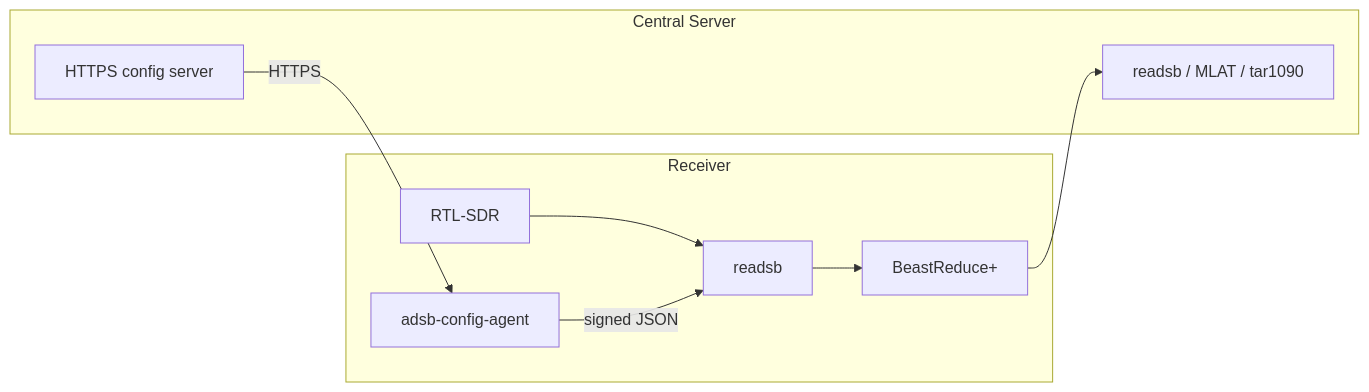
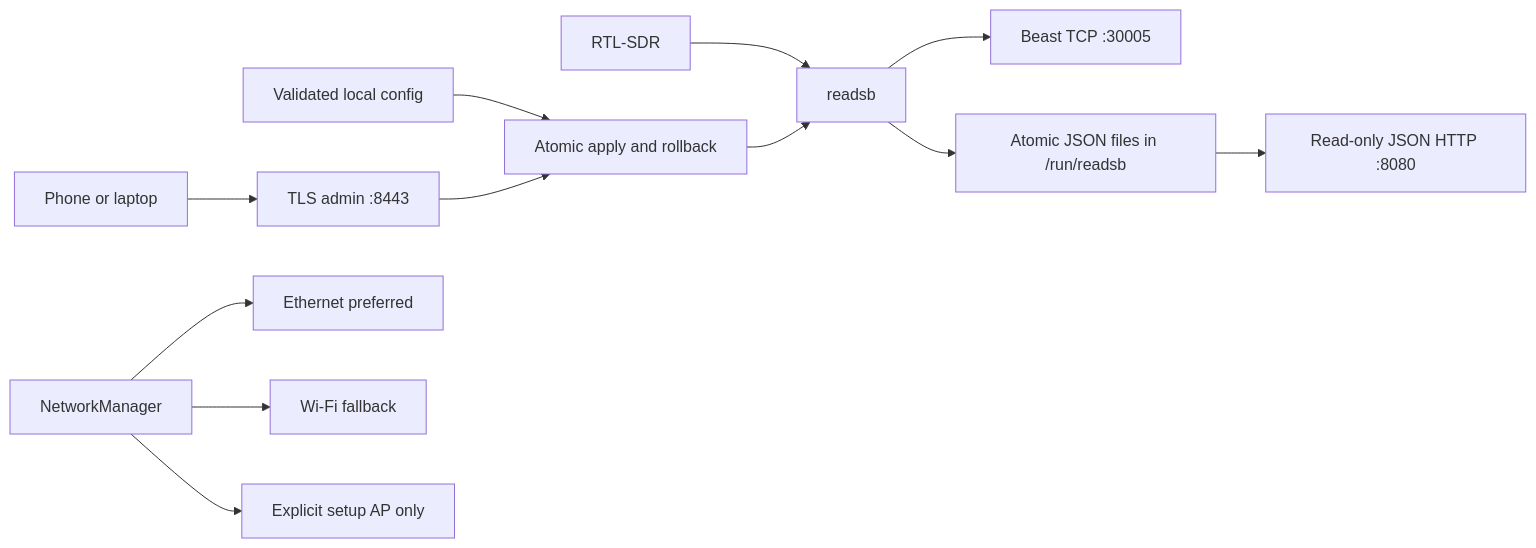
Before and after one commit to ziti/adsb-receiver-image: the diagram in README.md, drawn with Mermaid. The commit also changed other lines of this file, not shown here.

Commit message:
docs: document local setup and recovery

````diff
--- a/README.md
+++ b/README.md
@@ -31,21 +17,14 @@
 ```mermaid
 flowchart LR
-    subgraph Receiver["Receiver"]
-        SDR["RTL-SDR"]
-        ReadsbRx["readsb"]
-        BeastReduce["BeastReduce+"]
-        Agent["adsb-config-agent"]
-
-        SDR --> ReadsbRx
-        ReadsbRx --> BeastReduce
-        Agent -->|"signed JSON"| ReadsbRx
-    end
-
-    subgraph Central["Central Server"]
-        ReadsbCentral["readsb / MLAT / tar1090"]
-        ConfigServer["HTTPS config server"]
-    end
-
-    BeastReduce --> ReadsbCentral
-    ConfigServer -->|"HTTPS"| Agent
+    SDR["RTL-SDR"] --> Readsb["readsb"]
+    LocalConfig["Validated local config"] --> Apply["Atomic apply and rollback"]
+    Apply --> Readsb
+    Readsb --> Beast["Beast TCP :30005"]
+    Readsb --> Files["Atomic JSON files in /run/readsb"]
+    Files --> JSON["Read-only JSON HTTP :8080"]
+    Browser["Phone or laptop"] --> Admin["TLS admin :8443"]
+    Admin --> Apply
+    NetworkManager["NetworkManager"] --> Ethernet["Ethernet preferred"]
+    NetworkManager --> WiFi["Wi-Fi fallback"]
+    NetworkManager --> SetupAP["Explicit setup AP only"]
 ```
````
